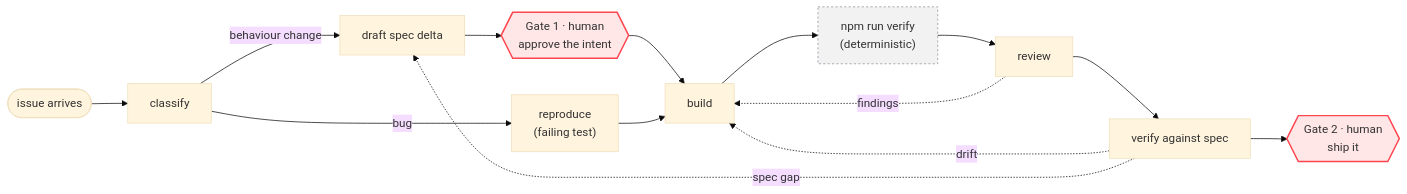
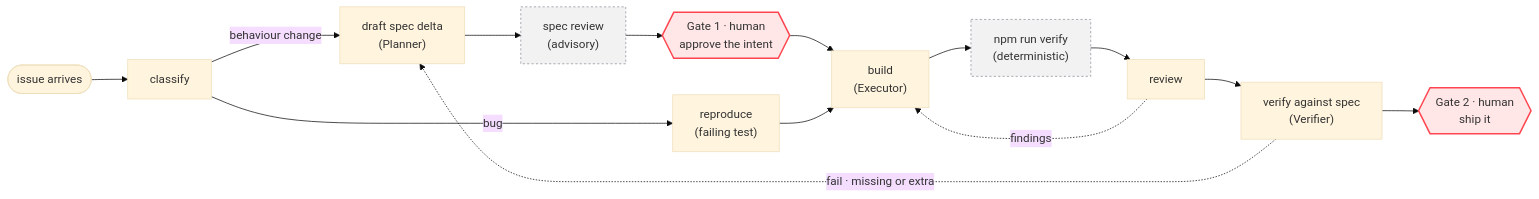
Before and after one commit to raunakkathuria/adlc: the diagram in CONCEPT.md, drawn with Mermaid (base theme). The commit also changed other lines of this file and 6 other files, not shown here.

````diff
--- a/CONCEPT.md
+++ b/CONCEPT.md
@@ -11,26 +11,26 @@
 ```mermaid
 flowchart LR
   ISSUE([issue arrives]) --> TRIAGE[classify]
 
-  TRIAGE -->|behaviour change| DELTA[draft spec delta]
-  DELTA --> GATE1{{"Gate 1 · human<br/>approve the intent"}}
+  TRIAGE -->|behaviour change| DELTA["draft spec delta<br/>(Planner)"]
+  DELTA --> SREV["spec review<br/>(advisory)"]
+  SREV --> GATE1{{"Gate 1 · human<br/>approve the intent"}}
 
   TRIAGE -->|bug| REPRO["reproduce<br/>(failing test)"]
 
-  GATE1 --> BUILD[build]
+  GATE1 --> BUILD["build<br/>(Executor)"]
   REPRO --> BUILD
 
   BUILD --> GATE["npm run verify<br/>(deterministic)"]
   GATE --> REVIEW[review]
-  REVIEW --> SPEC[verify against spec]
+  REVIEW --> SPEC["verify against spec<br/>(Verifier)"]
   SPEC --> GATE2{{"Gate 2 · human<br/>ship it"}}
 
   REVIEW -.->|findings| BUILD
-  SPEC -.->|drift| BUILD
-  SPEC -.->|spec gap| DELTA
+  SPEC -.->|"fail · missing or extra"| DELTA
 
   classDef gate fill:#ff454f22,stroke:#ff454f,stroke-width:2px;
   classDef check fill:#0000000d,stroke:#8a8f9a,stroke-dasharray:3 3;
   class GATE1,GATE2 gate;
-  class GATE check;
+  class GATE,SREV check;
 ```
````
